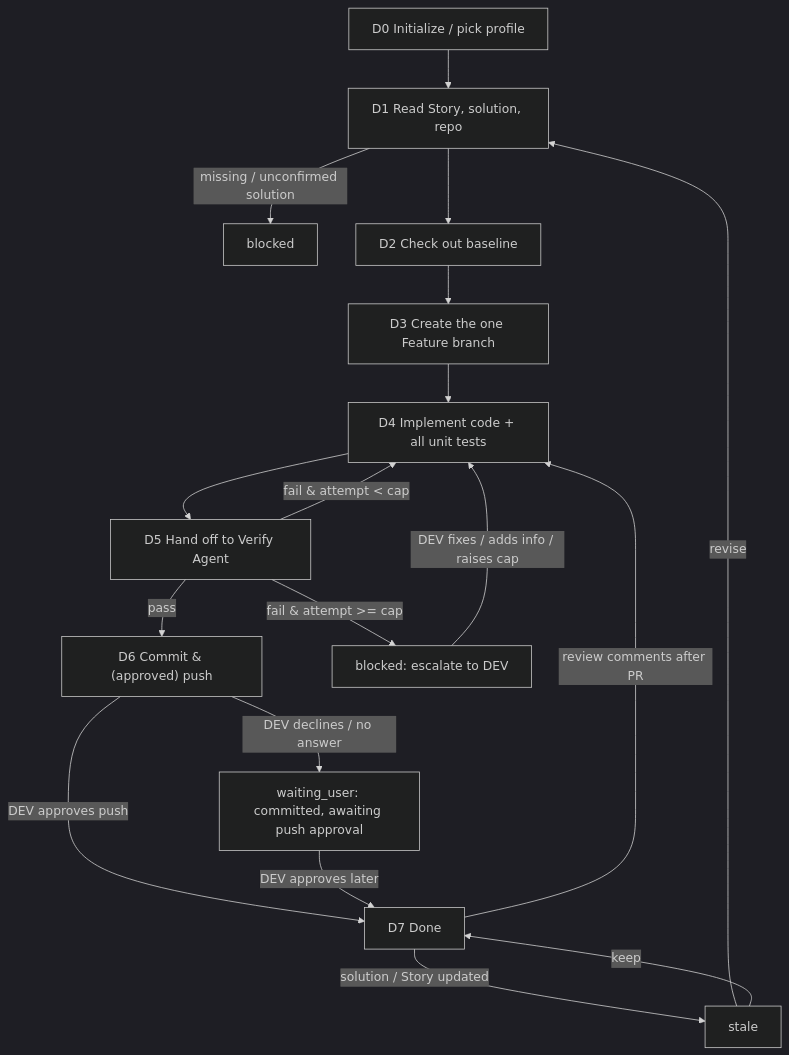
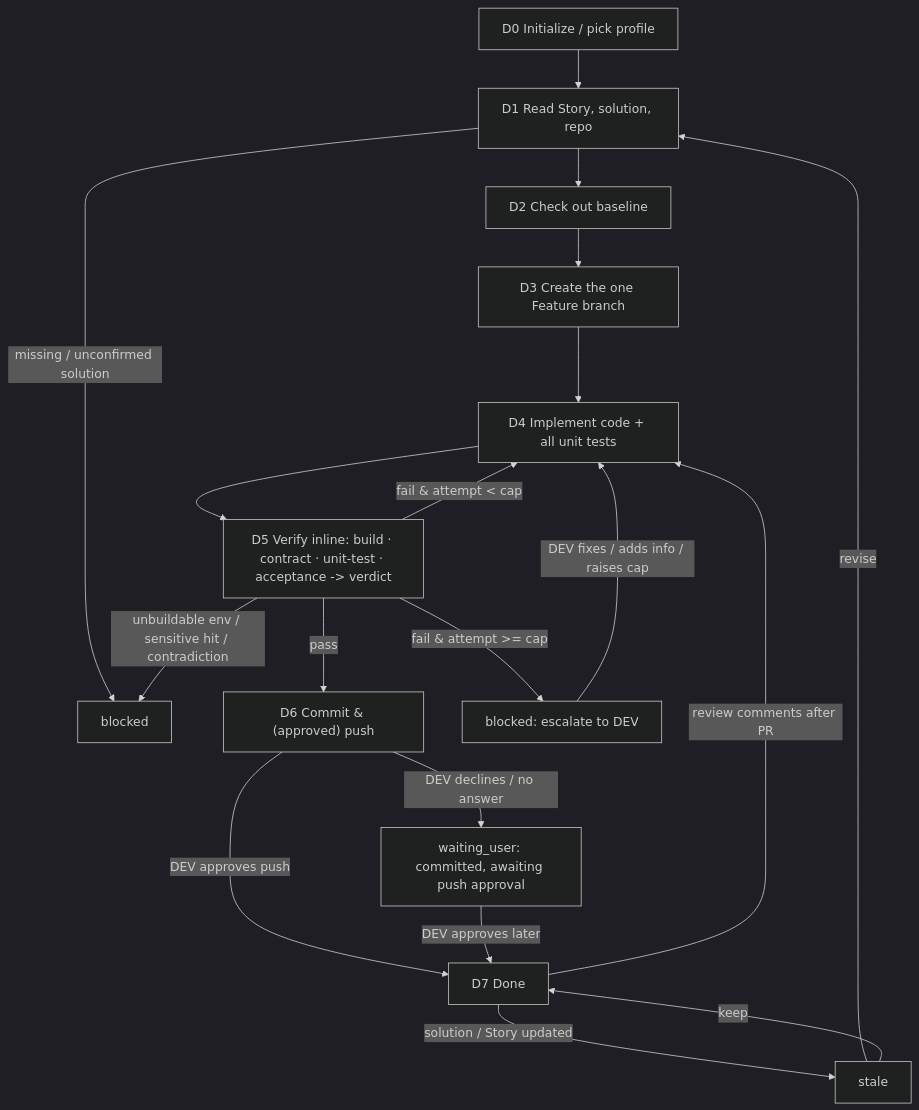
The diagram in .cursor/agents/dev-agent.md (mjz-kevin/marriott), drawn with Mermaid (dark theme) before and after one commit. The commit also changed other lines of this file and 5 other files, not shown here.

````diff
--- a/.cursor/agents/dev-agent.md
+++ b/.cursor/agents/dev-agent.md
@@ -220,20 +232,21 @@
 ```mermaid
 flowchart TD
     D0["D0 Initialize / pick profile"] --> D1["D1 Read Story, solution, repo"]
     D1 -->|"missing / unconfirmed solution"| B["blocked"]
     D1 --> D2["D2 Check out baseline"]
     D2 --> D3["D3 Create the one Feature branch"]
     D3 --> D4["D4 Implement code + all unit tests"]
-    D4 --> D5["D5 Hand off to Verify Agent"]
+    D4 --> D5["D5 Verify inline: build · contract · unit-test · acceptance -> verdict"]
     D5 -->|"pass"| D6["D6 Commit & (approved) push"]
     D5 -->|"fail & attempt < cap"| D4
     D5 -->|"fail & attempt >= cap"| ESC["blocked: escalate to DEV"]
+    D5 -->|"unbuildable env / sensitive hit / contradiction"| B
     ESC -->|"DEV fixes / adds info / raises cap"| D4
     D6 -->|"DEV approves push"| D7["D7 Done"]
     D6 -->|"DEV declines / no answer"| WP["waiting_user: committed, awaiting push approval"]
     WP -->|"DEV approves later"| D7
     D7 -->|"solution / Story updated"| ST["stale"]
     ST -->|"revise"| D1
     ST -->|"keep"| D7
     D7 -->|"review comments after PR"| D4
 ```
````
